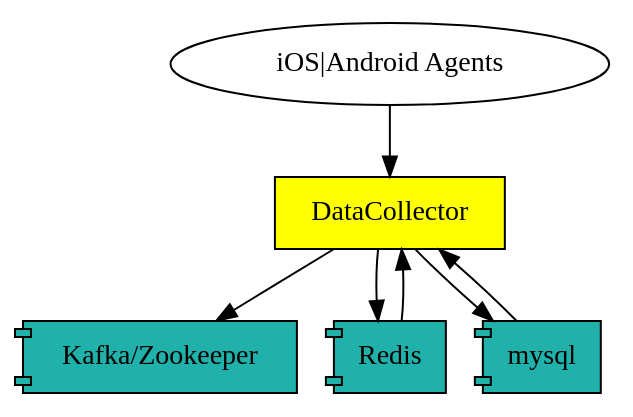
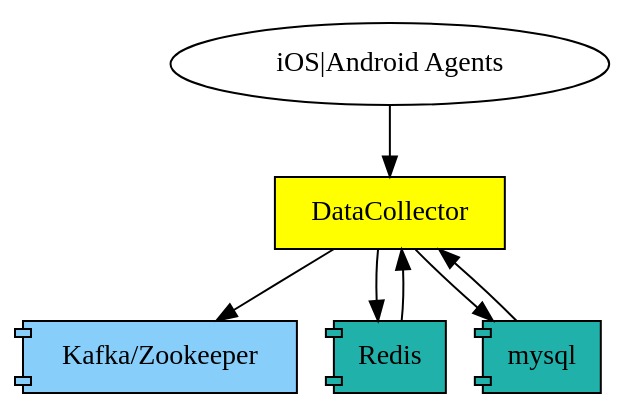
Before and after one commit to gardenias/docs-test: the second of 5 diagrams in docs/installing/architecture.rst, drawn with Graphviz. The commit also changed other lines of this file, not shown here.

Commit message:
same node same label

```diff
--- a/docs/installing/architecture.rst
+++ b/docs/installing/architecture.rst
@@ -90,15 +90,15 @@
 .. graphviz::
 
     digraph Dc {
 
 
 		node [fontsize=14, shape=box, style="filled", fillcolor=white]
 		a [label="iOS|Android Agents", shape="ellipse", margin=0.1]
 		d [label="DataCollector", fillcolor=yellow]
-		k [label="Kafka/Zookeeper", shape="component", fillcolor="lightseagreen"]
+		k [label="Kafka/Zookeeper", shape="component", fillcolor="lightskyblue"]
 		r [label="Redis", shape="component", fillcolor="lightseagreen"]
 		m [label="mysql", shape="component", fillcolor="lightseagreen"]
 
 		a -> d -> {k,r,m}
     {m, r} -> d
 	}
```
